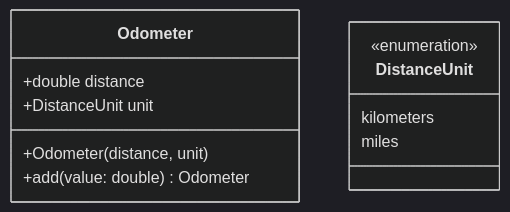
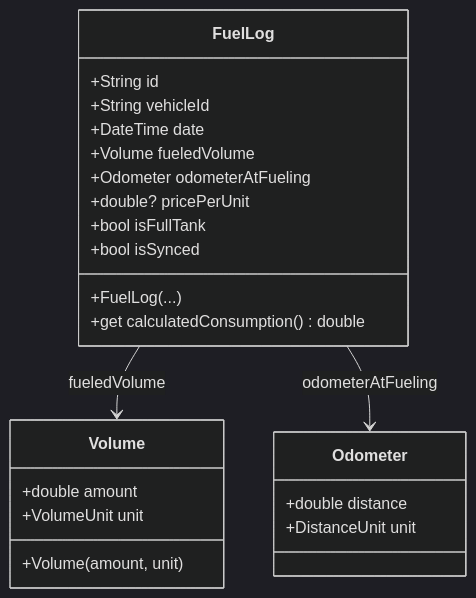
One commit to abrahdev/karter changed the third of 13 diagrams in docs/docs/developer/mobile/app-architecture.md. Above: the diagram before and after it, drawn with Mermaid (dark theme). The commit also changed other lines of this file and 3 other files, not shown here.

````diff
--- a/docs/docs/developer/mobile/app-architecture.md
+++ b/docs/docs/developer/mobile/app-architecture.md
@@ -237,14 +100,29 @@
 ```mermaid
 classDiagram
-class Odometer {
+    class FuelLog {
+        +String id
+        +String vehicleId
+        +DateTime date
+        +Volume fueledVolume
+        +Odometer odometerAtFueling
+        +double? pricePerUnit
+        +bool isFullTank
+        +bool isSynced
+        +FuelLog(...)
+        +get calculatedConsumption() double
+    }
+
+    class Volume {
+        +double amount
+        +VolumeUnit unit
+        +Volume(amount, unit)
+    }
+
+    class Odometer {
         +double distance
         +DistanceUnit unit
-        +Odometer(distance, unit)
-        +add(value: double) Odometer
     }
-class DistanceUnit {
-        <<enumeration>>
-        kilometers
-        miles
-    }
+
+    FuelLog --> Volume : fueledVolume
+    FuelLog --> Odometer : odometerAtFueling
 ```
````
